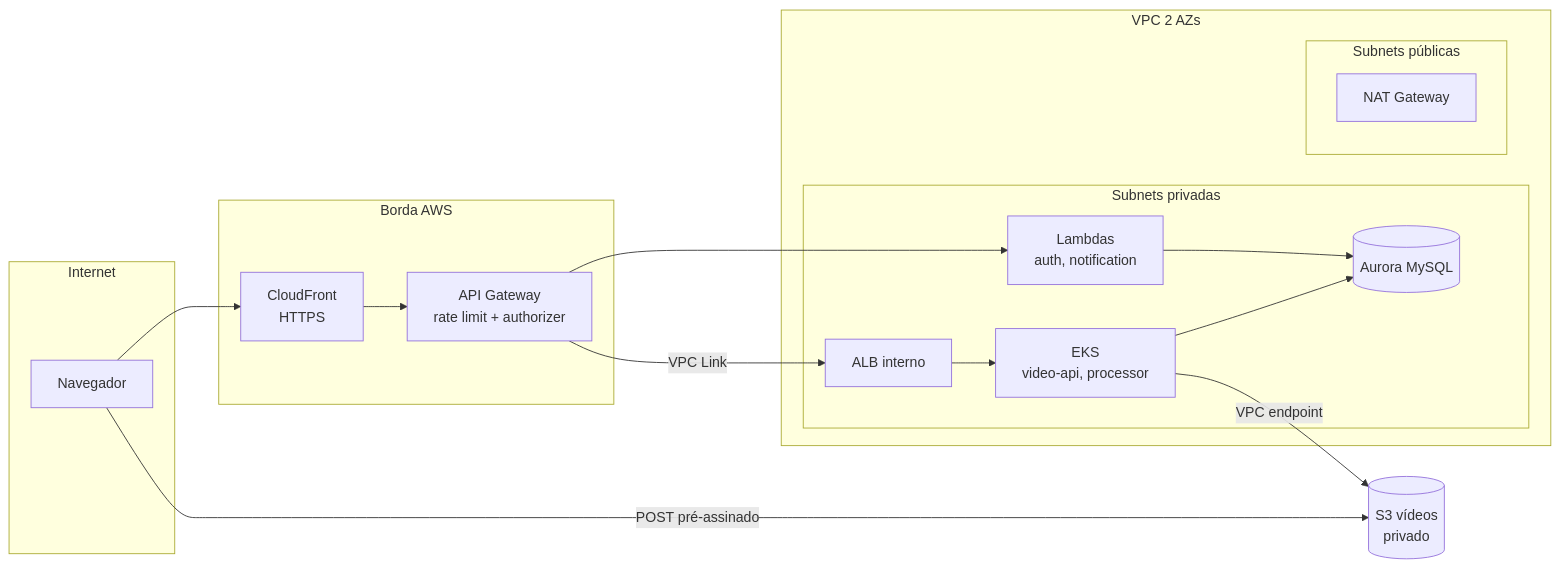
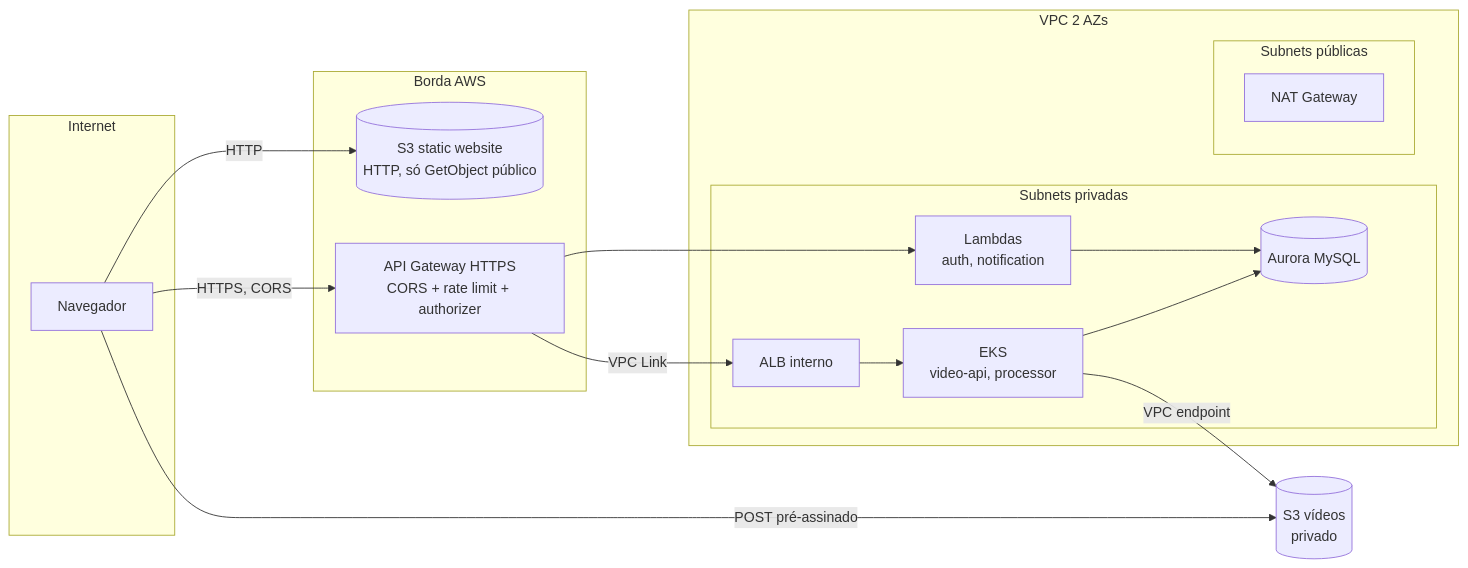
One commit to hackathon-fiap-soat/fiapx-docs changed the diagram in 03-arquitetura/seguranca.md. Above: the diagram before and after it, drawn with Mermaid. The commit also changed other lines of this file and 59 other files, not shown here.

````diff
--- a/03-arquitetura/seguranca.md
+++ b/03-arquitetura/seguranca.md
@@ -5,29 +5,30 @@
 ```mermaid
 flowchart LR
   subgraph Publico["Internet"]
     U["Navegador"]
   end
   subgraph Borda["Borda AWS"]
-    CF["CloudFront<br/>HTTPS"]
-    GW["API Gateway<br/>rate limit + authorizer"]
+    WEB[("S3 static website<br/>HTTP, só GetObject público")]
+    GW["API Gateway HTTPS<br/>CORS + rate limit + authorizer"]
   end
   subgraph VPC["VPC 2 AZs"]
     subgraph Privada["Subnets privadas"]
       ALB["ALB interno"]
       EKS["EKS<br/>video-api, processor"]
       LBD["Lambdas<br/>auth, notification"]
       AUR[("Aurora MySQL")]
     end
     subgraph PublicaSub["Subnets públicas"]
       NAT["NAT Gateway"]
     end
   end
   S3[("S3 vídeos<br/>privado")]
 
-  U --> CF --> GW
+  U -- "HTTP" --> WEB
+  U -- "HTTPS, CORS" --> GW
   GW -- "VPC Link" --> ALB --> EKS
   GW --> LBD
   EKS & LBD --> AUR
   U -- "POST pré-assinado" --> S3
   EKS -- "VPC endpoint" --> S3
 ```
````
